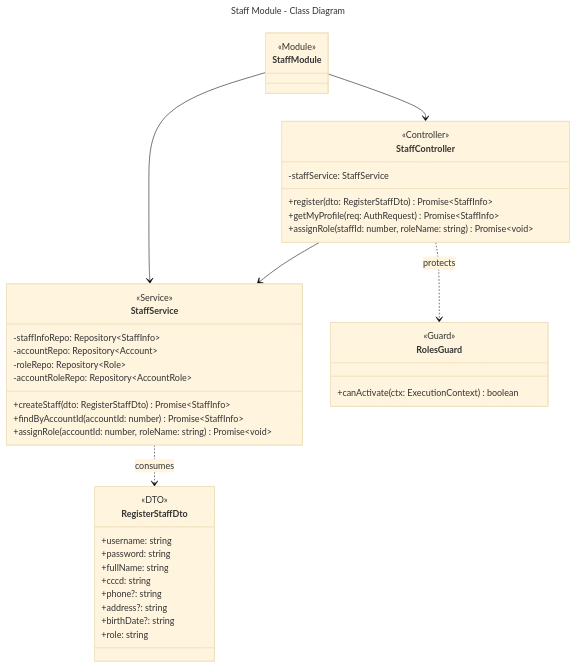
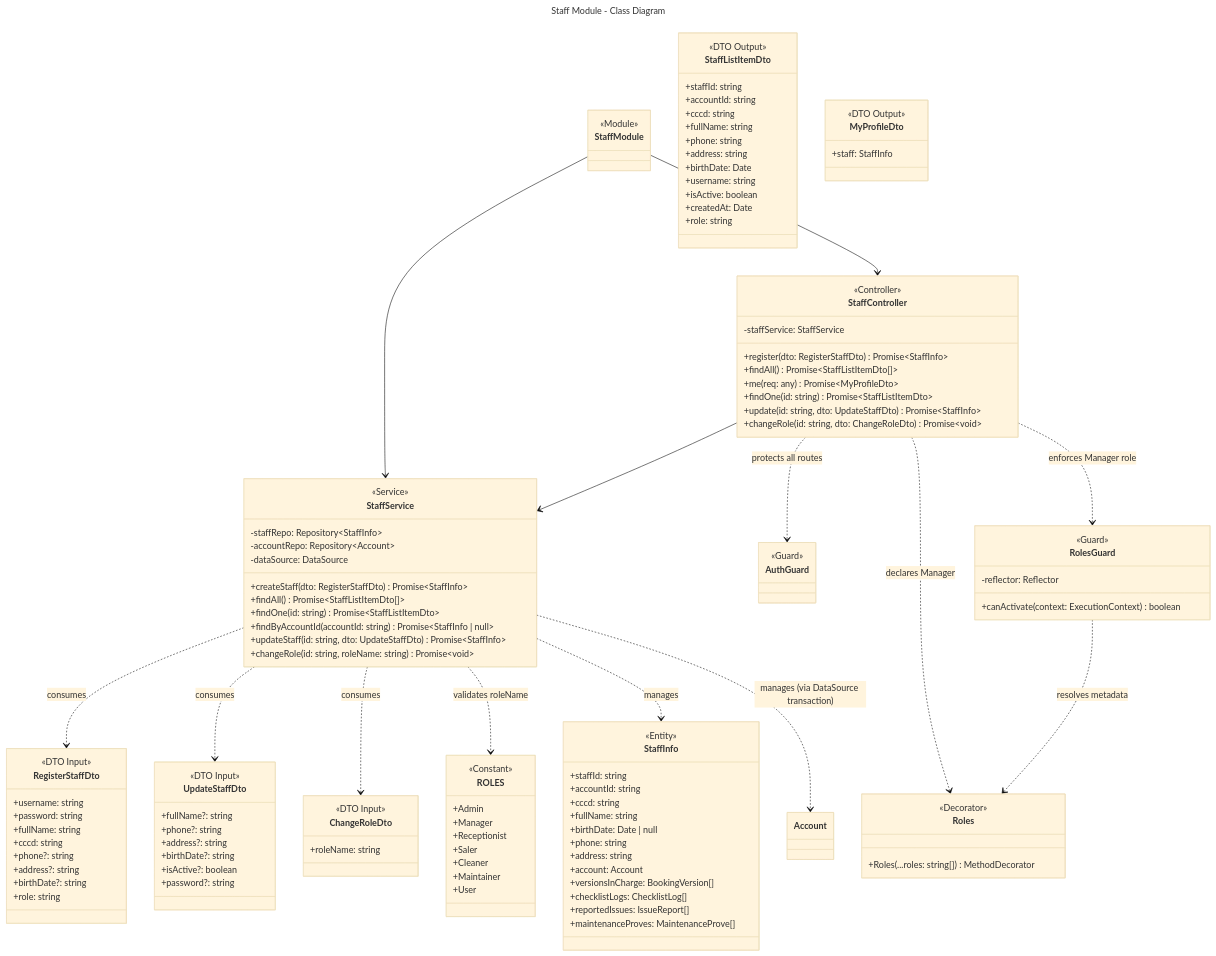
One commit to Notimemech/HotelHubManagement changed the diagram in docs/modules/staff/class.mmd. Above: the diagram before and after it, drawn with Mermaid (base theme). The commit also changed 29 other files, not shown here.

```diff
--- a/docs/modules/staff/class.mmd
+++ b/docs/modules/staff/class.mmd
@@ -1,49 +1,134 @@
 ---
 title: Staff Module - Class Diagram
 ---
 classDiagram
     class StaffModule {
         <<Module>>
     }
 
     class StaffController {
         <<Controller>>
         -staffService: StaffService
         +register(dto: RegisterStaffDto) Promise~StaffInfo~
-        +getMyProfile(req: AuthRequest) Promise~StaffInfo~
-        +assignRole(staffId: number, roleName: string) Promise~void~
+        +findAll() Promise~StaffListItemDto[]~
+        +me(req: any) Promise~MyProfileDto~
+        +findOne(id: string) Promise~StaffListItemDto~
+        +update(id: string, dto: UpdateStaffDto) Promise~StaffInfo~
+        +changeRole(id: string, dto: ChangeRoleDto) Promise~void~
     }
 
     class StaffService {
         <<Service>>
-        -staffInfoRepo: Repository~StaffInfo~
+        -staffRepo: Repository~StaffInfo~
         -accountRepo: Repository~Account~
-        -roleRepo: Repository~Role~
-        -accountRoleRepo: Repository~AccountRole~
+        -dataSource: DataSource
         +createStaff(dto: RegisterStaffDto) Promise~StaffInfo~
-        +findByAccountId(accountId: number) Promise~StaffInfo~
-        +assignRole(accountId: number, roleName: string) Promise~void~
+        +findAll() Promise~StaffListItemDto[]~
+        +findOne(id: string) Promise~StaffListItemDto~
+        +findByAccountId(accountId: string) Promise~StaffInfo | null~
+        +updateStaff(id: string, dto: UpdateStaffDto) Promise~StaffInfo~
+        +changeRole(id: string, roleName: string) Promise~void~
+    }
+
+    class AuthGuard {
+        <<Guard>>
     }
 
     class RolesGuard {
         <<Guard>>
-        +canActivate(ctx: ExecutionContext) boolean
+        -reflector: Reflector
+        +canActivate(context: ExecutionContext) boolean
+    }
+
+    class Roles {
+        <<Decorator>>
+        +Roles(...roles: string[]) MethodDecorator
     }
 
     class RegisterStaffDto {
-        <<DTO>>
+        <<DTO Input>>
         +username: string
         +password: string
         +fullName: string
         +cccd: string
         +phone?: string
         +address?: string
         +birthDate?: string
         +role: string
     }
 
+    class UpdateStaffDto {
+        <<DTO Input>>
+        +fullName?: string
+        +phone?: string
+        +address?: string
+        +birthDate?: string
+        +isActive?: boolean
+        +password?: string
+    }
+
+    class ChangeRoleDto {
+        <<DTO Input>>
+        +roleName: string
+    }
+
+    class ROLES {
+        <<Constant>>
+        +Admin
+        +Manager
+        +Receptionist
+        +Saler
+        +Cleaner
+        +Maintainer
+        +User
+    }
+
+    class StaffListItemDto {
+        <<DTO Output>>
+        +staffId: string
+        +accountId: string
+        +cccd: string
+        +fullName: string
+        +phone: string
+        +address: string
+        +birthDate: Date
+        +username: string
+        +isActive: boolean
+        +createdAt: Date
+        +role: string
+    }
+
+    class MyProfileDto {
+        <<DTO Output>>
+        +staff: StaffInfo
+    }
+
+    class StaffInfo {
+        <<Entity>>
+        +staffId: string
+        +accountId: string
+        +cccd: string
+        +fullName: string
+        +birthDate: Date | null
+        +phone: string
+        +address: string
+        +account: Account
+        +versionsInCharge: BookingVersion[]
+        +checklistLogs: ChecklistLog[]
+        +reportedIssues: IssueReport[]
+        +maintenanceProves: MaintenanceProve[]
+    }
+
     StaffModule --> StaffController
     StaffModule --> StaffService
     StaffController --> StaffService
-    StaffController ..> RolesGuard : protects
+    StaffController ..> AuthGuard : protects all routes
+    StaffController ..> RolesGuard : enforces Manager role
+    StaffController ..> Roles : declares Manager
     StaffService ..> RegisterStaffDto : consumes
+    StaffService ..> UpdateStaffDto : consumes
+    StaffService ..> ChangeRoleDto : consumes
+    StaffService ..> ROLES : validates roleName
+    StaffService ..> StaffInfo : manages
+    StaffService ..> Account : manages (via DataSource transaction)
+    RolesGuard ..> Roles : resolves metadata
```
